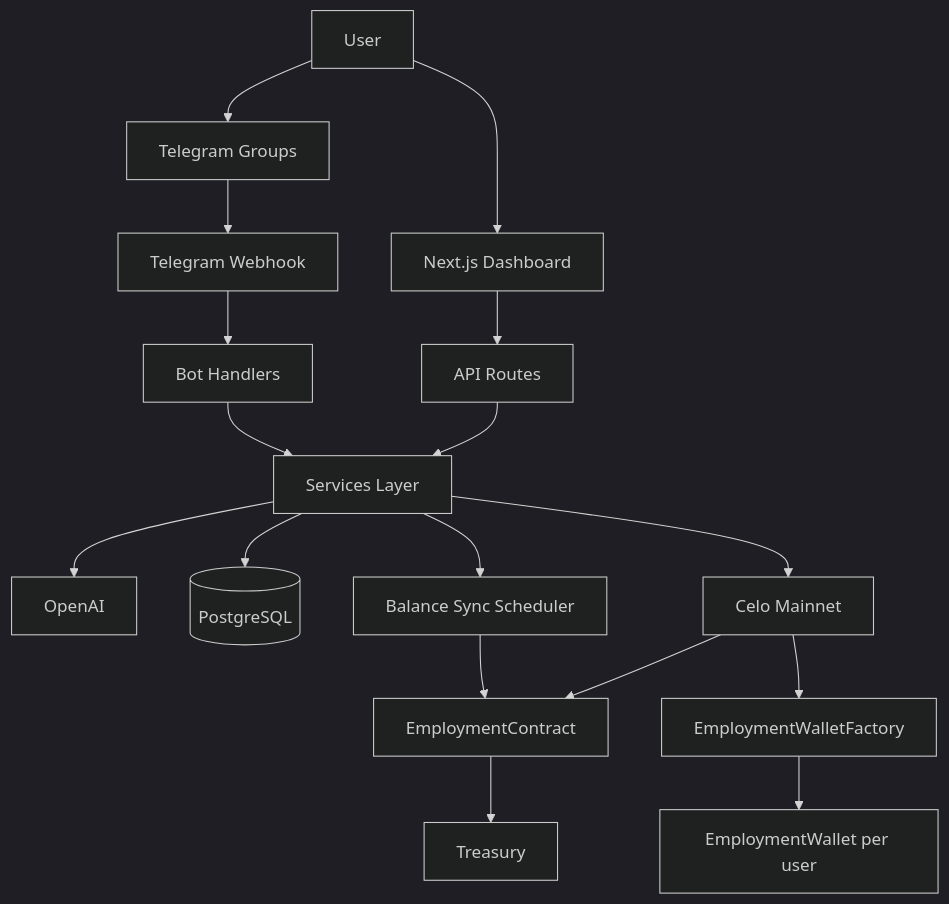
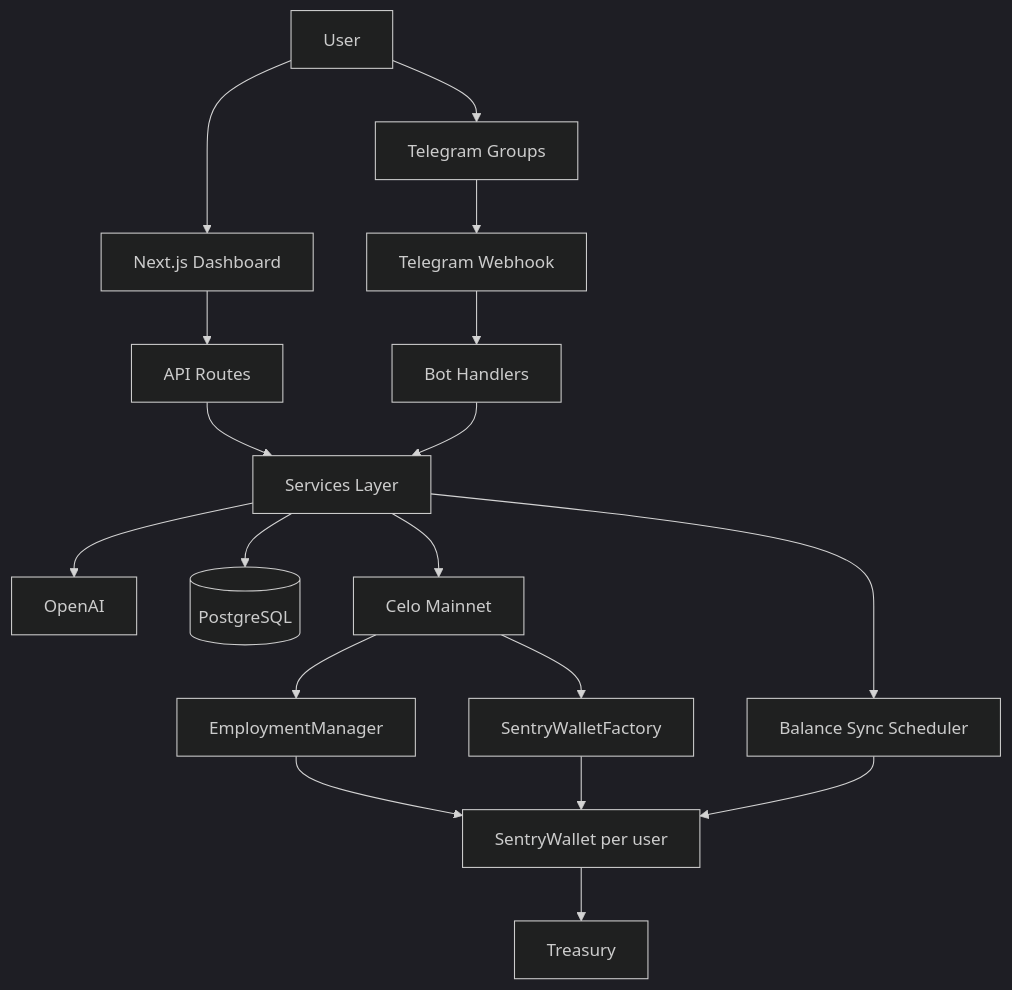
The diagram in README.md (bobeu/sentry), drawn with Mermaid (dark theme) before and after one commit. The commit also changed other lines of this file and 22 other files, not shown here.

````diff
--- a/README.md
+++ b/README.md
@@ -19,19 +19,20 @@
 ```mermaid
 flowchart TB
   User[User] --> Web[Next.js Dashboard]
   User --> TG[Telegram Groups]
   Web --> API[API Routes]
   TG --> Webhook[Telegram Webhook]
   Webhook --> Handlers[Bot Handlers]
   API --> Services[Services Layer]
   Handlers --> Services
   Services --> AI[OpenAI]
   Services --> DB[(PostgreSQL)]
   Services --> Chain[Celo Mainnet]
-  Chain --> EC[EmploymentContract]
-  Chain --> WF[EmploymentWalletFactory]
-  WF --> EW[EmploymentWallet per user]
+  Chain --> EM[EmploymentManager]
+  Chain --> WF[SentryWalletFactory]
+  WF --> SW[SentryWallet per user]
   Services --> Sync[Balance Sync Scheduler]
-  Sync --> EC
-  EC --> Treasury[Treasury]
+  Sync --> SW
+  EM --> SW
+  SW --> Treasury[Treasury]
 ```
````
